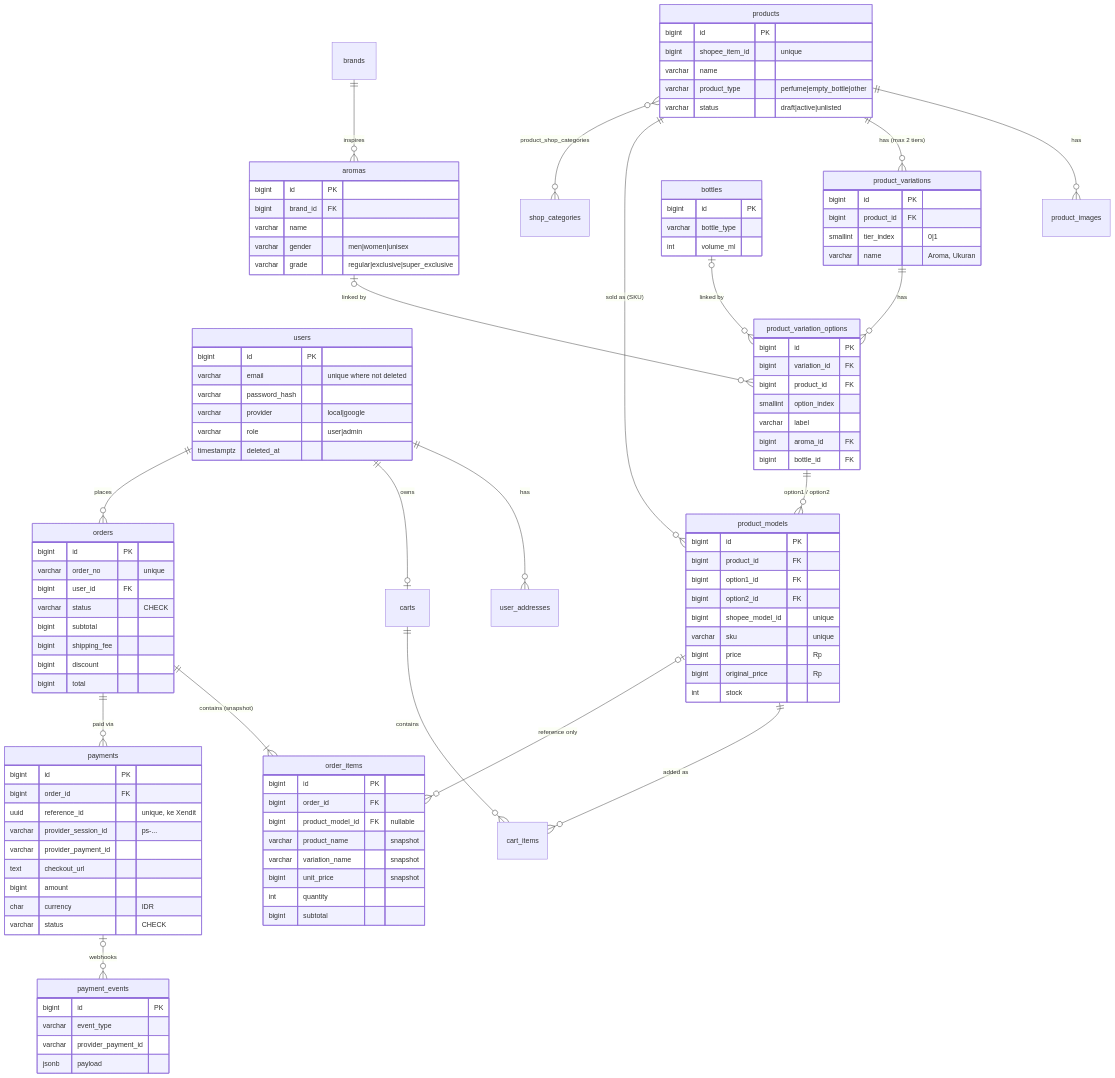
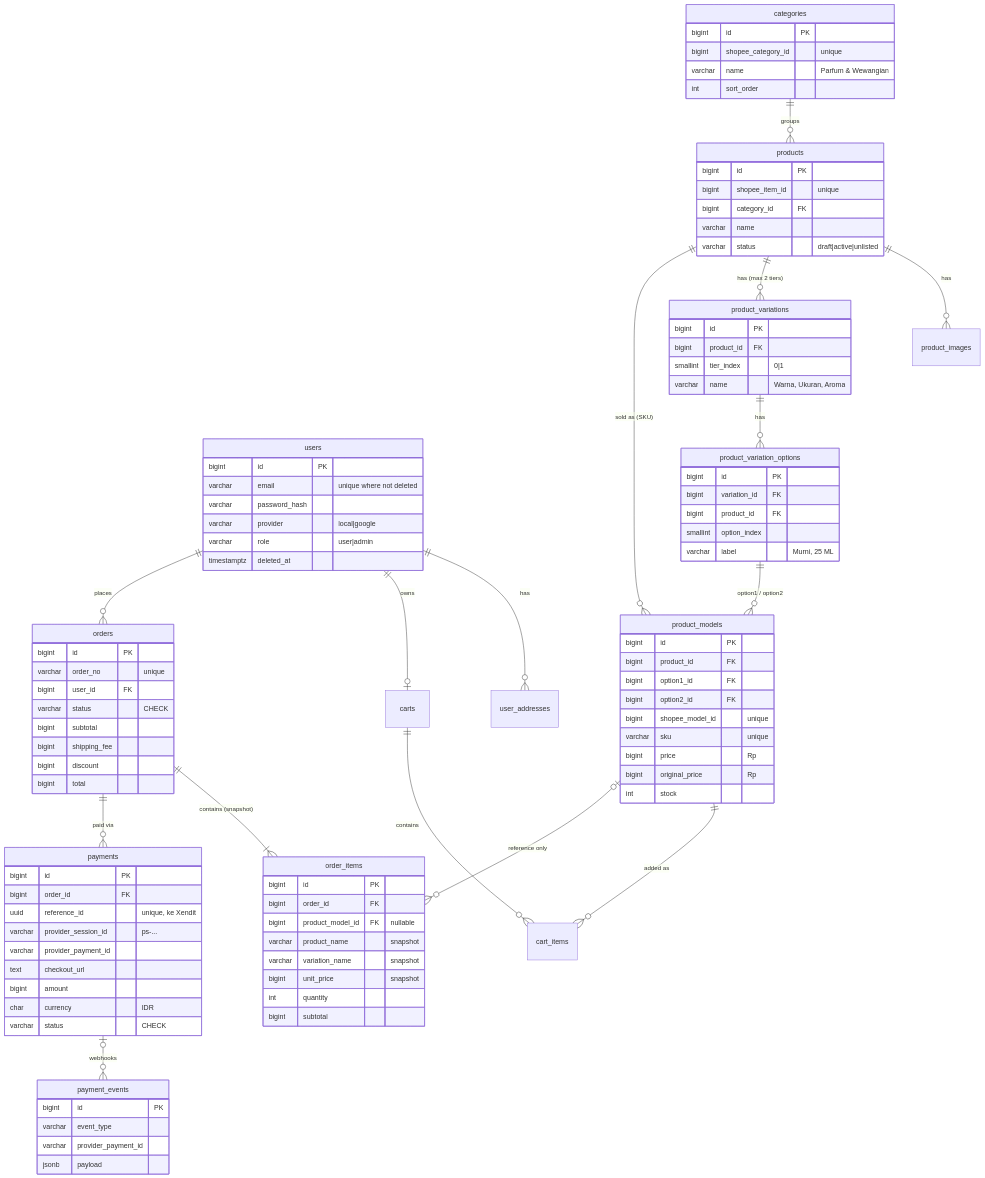
One commit to JordanAryaLeksana/Station-parfume-backend changed the diagram in docs/schema/README.md. Above: the diagram before and after it, drawn with Mermaid. The commit also changed other lines of this file and 19 other files, not shown here.

First line of the commit message:
refactor(catalog): mirror Shopee shop categories, drop bottle/aroma/brand masters

```diff
--- a/docs/schema/README.md
+++ b/docs/schema/README.md
@@ -54,16 +69,12 @@
     users ||--o| carts : owns
     users ||--o{ orders : places
 
-    brands ||--o{ aromas : "inspires"
-
+    categories ||--o{ products : "groups"
     products ||--o{ product_images : has
     products ||--o{ product_variations : "has (max 2 tiers)"
     product_variations ||--o{ product_variation_options : has
     products ||--o{ product_models : "sold as (SKU)"
     product_variation_options ||--o{ product_models : "option1 / option2"
-    aromas |o--o{ product_variation_options : "linked by"
-    bottles |o--o{ product_variation_options : "linked by"
-    products }o--o{ shop_categories : "product_shop_categories"
 
     carts ||--o{ cart_items : contains
     product_models ||--o{ cart_items : "added as"
@@ -81,39 +92,31 @@
         varchar role "user|admin"
         timestamptz deleted_at
     }
-    aromas {
+    categories {
         bigint id PK
-        bigint brand_id FK
-        varchar name
-        varchar gender "men|women|unisex"
-        varchar grade "regular|exclusive|super_exclusive"
-    }
-    bottles {
-        bigint id PK
-        varchar bottle_type
-        int volume_ml
+        bigint shopee_category_id "unique"
+        varchar name "Parfum & Wewangian"
+        int sort_order
     }
     products {
         bigint id PK
         bigint shopee_item_id "unique"
+        bigint category_id FK
         varchar name
-        varchar product_type "perfume|empty_bottle|other"
         varchar status "draft|active|unlisted"
     }
     product_variations {
         bigint id PK
         bigint product_id FK
         smallint tier_index "0|1"
-        varchar name "Aroma, Ukuran"
+        varchar name "Warna, Ukuran, Aroma"
     }
     product_variation_options {
         bigint id PK
         bigint variation_id FK
         bigint product_id FK
         smallint option_index
-        varchar label
-        bigint aroma_id FK
-        bigint bottle_id FK
+        varchar label "Murni, 25 ML"
     }
     product_models {
         bigint id PK
```
